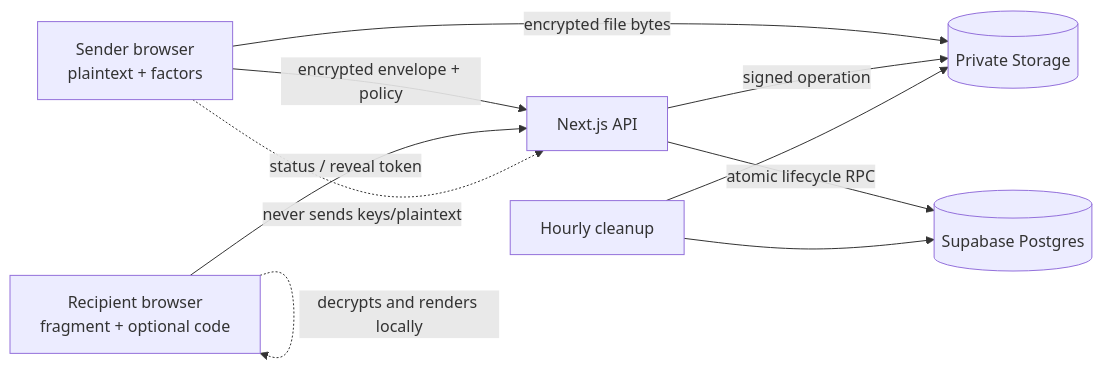
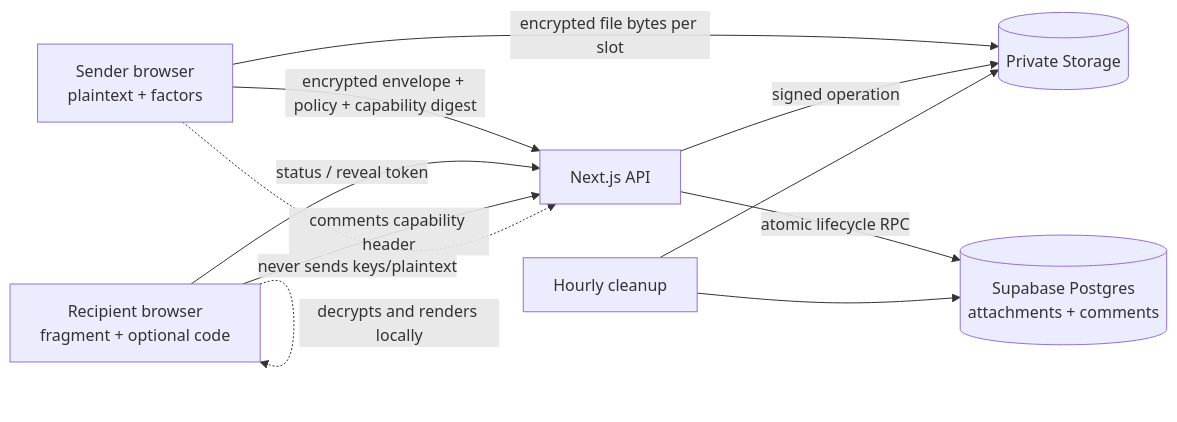
The first of 3 diagrams in docs/architecture-diagrams.md (adithyarao2605/SecureBin), drawn with Mermaid before and after one commit. The commit also changed other lines of this file and 18 other files, not shown here.

````diff
--- a/docs/architecture-diagrams.md
+++ b/docs/architecture-diagrams.md
@@ -21,12 +14,13 @@
 ```mermaid
 flowchart LR
-  S[Sender browser\nplaintext + factors] -->|encrypted envelope + policy| A[Next.js API]
+  S[Sender browser\nplaintext + factors] -->|encrypted envelope + policy + capability digest| A[Next.js API]
   R[Recipient browser\nfragment + optional code] -->|status / reveal token| A
-  S -->|encrypted file bytes| ST[(Private Storage)]
-  A -->|atomic lifecycle RPC| DB[(Supabase Postgres)]
+  R -->|comments capability header| A
+  S -->|encrypted file bytes per slot| ST[(Private Storage)]
+  A -->|atomic lifecycle RPC| DB[(Supabase Postgres\nattachments + comments)]
   A -->|signed operation| ST
   C[Hourly cleanup] --> DB
   C --> ST
   S -. never sends keys/plaintext .-> A
   R -. decrypts and renders locally .-> R
 ```
````
